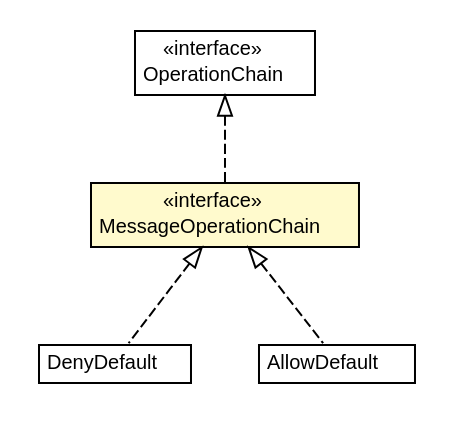
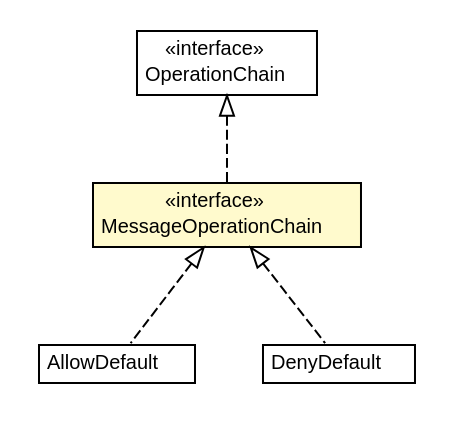
One commit to universAAL/remote changed the diagram in ri.pom/apidocs/org/universAAL/ri/gateway/operations/MessageOperationChain.dot. Above: the diagram before and after it, drawn with Graphviz. The commit also changed 1156 other files, not shown here.

```diff
--- a/ri.pom/apidocs/org/universAAL/ri/gateway/operations/MessageOperationChain.dot
+++ b/ri.pom/apidocs/org/universAAL/ri/gateway/operations/MessageOperationChain.dot
@@ -1,44 +1,44 @@
 #!/usr/local/bin/dot
 #
 # Class diagram 
 # Generated by UMLGraph version R5_6-24-gf6e263 (http://www.umlgraph.org/)
 #
 
 digraph G {
 	edge [fontname="Helvetica",fontsize=10,labelfontname="Helvetica",labelfontsize=10];
 	node [fontname="Helvetica",fontsize=10,shape=plaintext];
 	nodesep=0.25;
 	ranksep=0.5;
+	// org.universAAL.ri.gateway.operations.AllowDefault
+	c19545 [label=<<table title="org.universAAL.ri.gateway.operations.AllowDefault" border="0" cellborder="1" cellspacing="0" cellpadding="2" port="p" href="./AllowDefault.html">
+		<tr><td><table border="0" cellspacing="0" cellpadding="1">
+<tr><td align="center" balign="center"> AllowDefault </td></tr>
+		</table></td></tr>
+		</table>>, URL="./AllowDefault.html", fontname="Helvetica", fontcolor="black", fontsize=10.0];
 	// org.universAAL.ri.gateway.operations.DenyDefault
-	c19565 [label=<<table title="org.universAAL.ri.gateway.operations.DenyDefault" border="0" cellborder="1" cellspacing="0" cellpadding="2" port="p" href="./DenyDefault.html">
+	c19546 [label=<<table title="org.universAAL.ri.gateway.operations.DenyDefault" border="0" cellborder="1" cellspacing="0" cellpadding="2" port="p" href="./DenyDefault.html">
 		<tr><td><table border="0" cellspacing="0" cellpadding="1">
 <tr><td align="center" balign="center"> DenyDefault </td></tr>
 		</table></td></tr>
 		</table>>, URL="./DenyDefault.html", fontname="Helvetica", fontcolor="black", fontsize=10.0];
-	// org.universAAL.ri.gateway.operations.AllowDefault
-	c19566 [label=<<table title="org.universAAL.ri.gateway.operations.AllowDefault" border="0" cellborder="1" cellspacing="0" cellpadding="2" port="p" href="./AllowDefault.html">
-		<tr><td><table border="0" cellspacing="0" cellpadding="1">
-<tr><td align="center" balign="center"> AllowDefault </td></tr>
-		</table></td></tr>
-		</table>>, URL="./AllowDefault.html", fontname="Helvetica", fontcolor="black", fontsize=10.0];
 	// org.universAAL.ri.gateway.operations.MessageOperationChain
-	c19567 [label=<<table title="org.universAAL.ri.gateway.operations.MessageOperationChain" border="0" cellborder="1" cellspacing="0" cellpadding="2" port="p" bgcolor="lemonChiffon" href="./MessageOperationChain.html">
+	c19548 [label=<<table title="org.universAAL.ri.gateway.operations.MessageOperationChain" border="0" cellborder="1" cellspacing="0" cellpadding="2" port="p" bgcolor="lemonChiffon" href="./MessageOperationChain.html">
 		<tr><td><table border="0" cellspacing="0" cellpadding="1">
 <tr><td align="center" balign="center"> &#171;interface&#187; </td></tr>
 <tr><td align="center" balign="center"> MessageOperationChain </td></tr>
 		</table></td></tr>
 		</table>>, URL="./MessageOperationChain.html", fontname="Helvetica", fontcolor="black", fontsize=10.0];
 	// org.universAAL.ri.gateway.operations.OperationChain
-	c19568 [label=<<table title="org.universAAL.ri.gateway.operations.OperationChain" border="0" cellborder="1" cellspacing="0" cellpadding="2" port="p" href="./OperationChain.html">
+	c19549 [label=<<table title="org.universAAL.ri.gateway.operations.OperationChain" border="0" cellborder="1" cellspacing="0" cellpadding="2" port="p" href="./OperationChain.html">
 		<tr><td><table border="0" cellspacing="0" cellpadding="1">
 <tr><td align="center" balign="center"> &#171;interface&#187; </td></tr>
 <tr><td align="center" balign="center"> OperationChain </td></tr>
 		</table></td></tr>
 		</table>>, URL="./OperationChain.html", fontname="Helvetica", fontcolor="black", fontsize=10.0];
+	//org.universAAL.ri.gateway.operations.AllowDefault implements org.universAAL.ri.gateway.operations.MessageOperationChain
+	c19548:p -> c19545:p [dir=back,arrowtail=empty,style=dashed];
 	//org.universAAL.ri.gateway.operations.DenyDefault implements org.universAAL.ri.gateway.operations.MessageOperationChain
-	c19567:p -> c19565:p [dir=back,arrowtail=empty,style=dashed];
-	//org.universAAL.ri.gateway.operations.AllowDefault implements org.universAAL.ri.gateway.operations.MessageOperationChain
-	c19567:p -> c19566:p [dir=back,arrowtail=empty,style=dashed];
+	c19548:p -> c19546:p [dir=back,arrowtail=empty,style=dashed];
 	//org.universAAL.ri.gateway.operations.MessageOperationChain implements org.universAAL.ri.gateway.operations.OperationChain
-	c19568:p -> c19567:p [dir=back,arrowtail=empty,style=dashed];
+	c19549:p -> c19548:p [dir=back,arrowtail=empty,style=dashed];
 }
```
